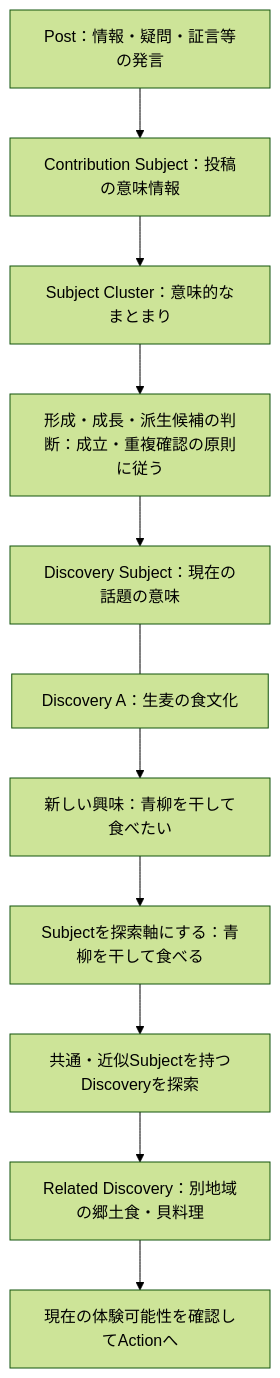
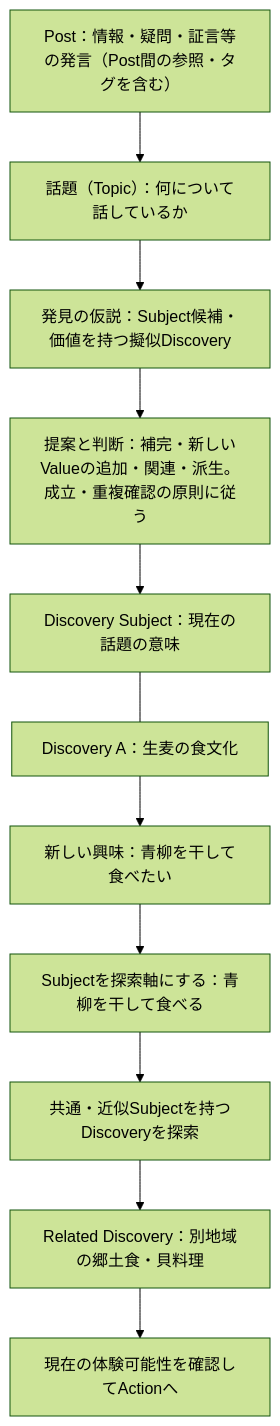
One commit to ex-day/platform changed the fifth of 8 diagrams in docs/ex-day_domain_model.md. Above: the diagram before and after it, drawn with Mermaid (forest theme). The commit also changed other lines of this file and 3 other files, not shown here.

````diff
--- a/docs/ex-day_domain_model.md
+++ b/docs/ex-day_domain_model.md
@@ -407,13 +669,13 @@
 ```mermaid
 flowchart TD
-    C["Post：情報・疑問・証言等の発言"] --> CS["Contribution Subject：投稿の意味情報"]
-    CS --> SC["Subject Cluster：意味的なまとまり"]
-    SC --> M["形成・成長・派生候補の判断：成立・重複確認の原則に従う"]
+    C["Post：情報・疑問・証言等の発言（Post間の参照・タグを含む）"] --> CS["話題（Topic）：何について話しているか"]
+    CS --> SC["発見の仮説：Subject候補・価値を持つ擬似Discovery"]
+    SC --> M["提案と判断：補完・新しいValueの追加・関連・派生。成立・重複確認の原則に従う"]
     M --> DS["Discovery Subject：現在の話題の意味"]
     DS --- D["Discovery A：生麦の食文化"]
     D --> I["新しい興味：青柳を干して食べたい"]
     I --> S["Subjectを探索軸にする：青柳を干して食べる"]
     S --> R["共通・近似Subjectを持つDiscoveryを探索"]
     R --> B["Related Discovery：別地域の郷土食・貝料理"]
     B --> A["現在の体験可能性を確認してActionへ"]
 ```
````
